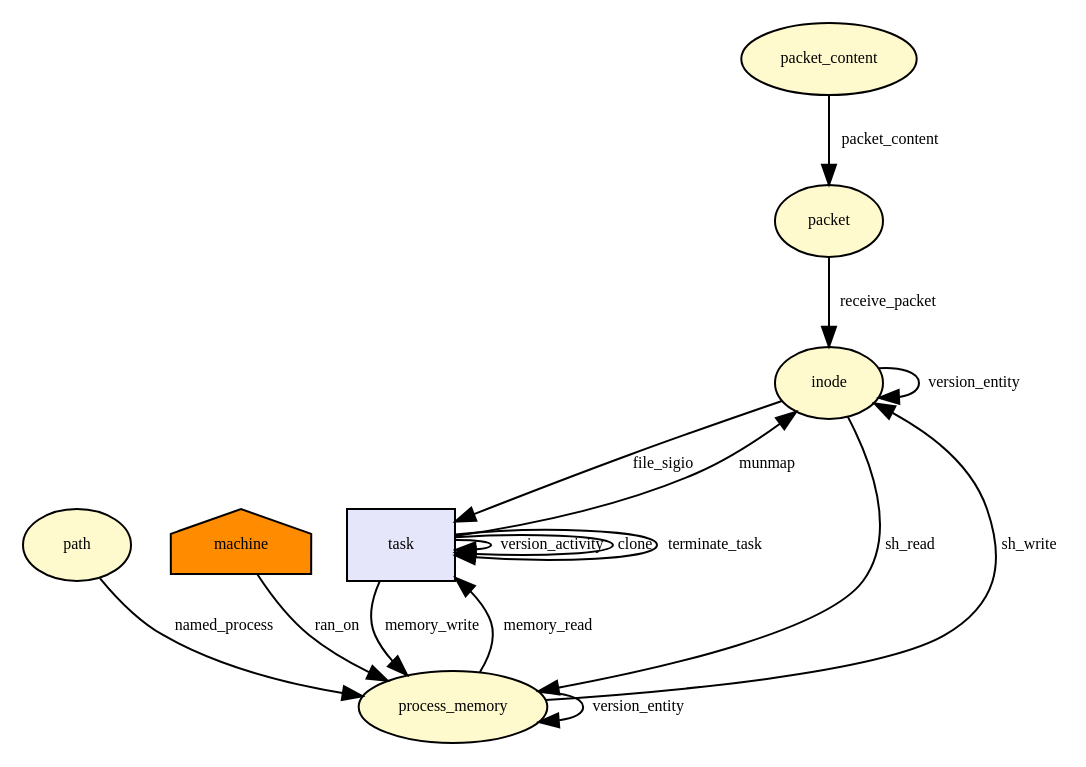
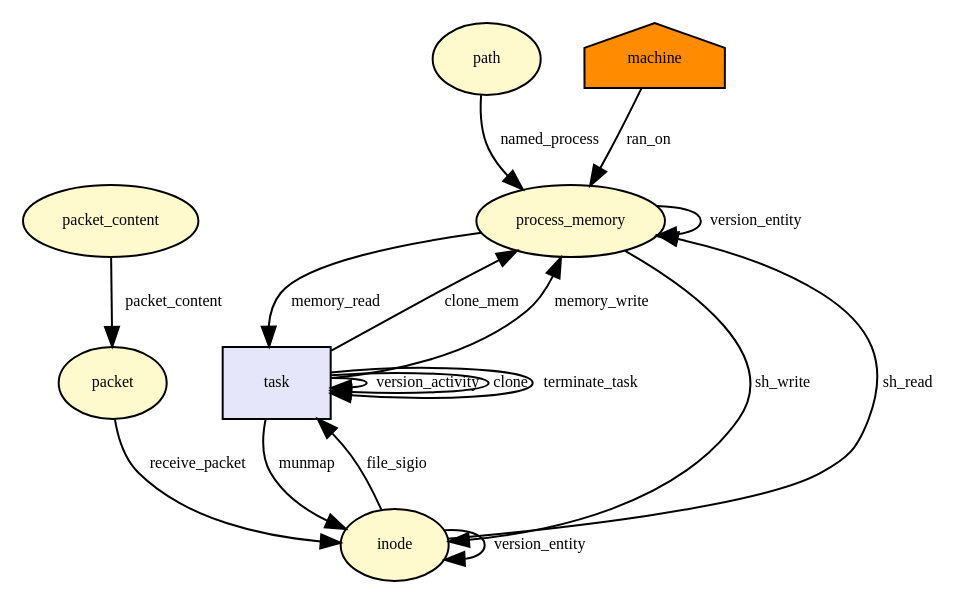
One commit to CamFlow/camflow-dev changed the diagram in docs/dot/__x64_sys_vfork.dot. Above: the diagram before and after it, drawn with Graphviz. The commit also changed 65 other files, not shown here.

```diff
--- a/docs/dot/__x64_sys_vfork.dot
+++ b/docs/dot/__x64_sys_vfork.dot
@@ -1,45 +1,47 @@
-digraph RGL__DirectedAdjacencyGraph {inode[fontsize = 8,label = inode,shape = ellipse, fillcolor="#fffacd", style = filled]
+digraph RGL__DirectedAdjacencyGraph {process_memory[fontsize = 8,label = process_memory,shape = ellipse, fillcolor="#fffacd", style = filled]
 
 task[fontsize = 8,label = task,shape = rectangle, fillcolor="#e6e6fa", style = filled]
 
-inode -> task[fontsize = 8,label = file_sigio]
+process_memory -> task[fontsize = 8,label = memory_read]
 
-process_memory[fontsize = 8,label = process_memory,shape = ellipse, fillcolor="#fffacd", style = filled]
-
-task -> process_memory[fontsize = 8,label = memory_write]
+task -> process_memory[fontsize = 8,label = clone_mem]
 
 task -> task[fontsize = 8,label = version_activity]
 
 process_memory -> process_memory[fontsize = 8,label = version_entity]
+
+inode[fontsize = 8,label = inode,shape = ellipse, fillcolor="#fffacd", style = filled]
+
+inode -> process_memory[fontsize = 8,label = sh_read]
+
+inode -> task[fontsize = 8,label = file_sigio]
+
+task -> process_memory[fontsize = 8,label = memory_write]
 
 process_memory -> inode[fontsize = 8,label = sh_write]
 
 inode -> inode[fontsize = 8,label = version_entity]
 
 path[fontsize = 8,label = path,shape = ellipse, fillcolor="#fffacd", style = filled]
 
 path -> process_memory[fontsize = 8,label = named_process]
 
 machine[fontsize = 8,label = machine,shape = house, fillcolor="#ff8c00", style = filled]
 
 machine -> process_memory[fontsize = 8,label = ran_on]
 
-process_memory -> task[fontsize = 8,label = memory_read]
-
 task -> inode[fontsize = 8,label = munmap]
-
-inode -> process_memory[fontsize = 8,label = sh_read]
 
 packet_content[fontsize = 8,label = packet_content,shape = ellipse, fillcolor="#fffacd", style = filled]
 
 packet[fontsize = 8,label = packet,shape = ellipse, fillcolor="#fffacd", style = filled]
 
 packet_content -> packet[fontsize = 8,label = packet_content]
 
 packet -> inode[fontsize = 8,label = receive_packet]
 
 task -> task[fontsize = 8,label = clone]
 
 task -> task[fontsize = 8,label = terminate_task]
 
 }
```
